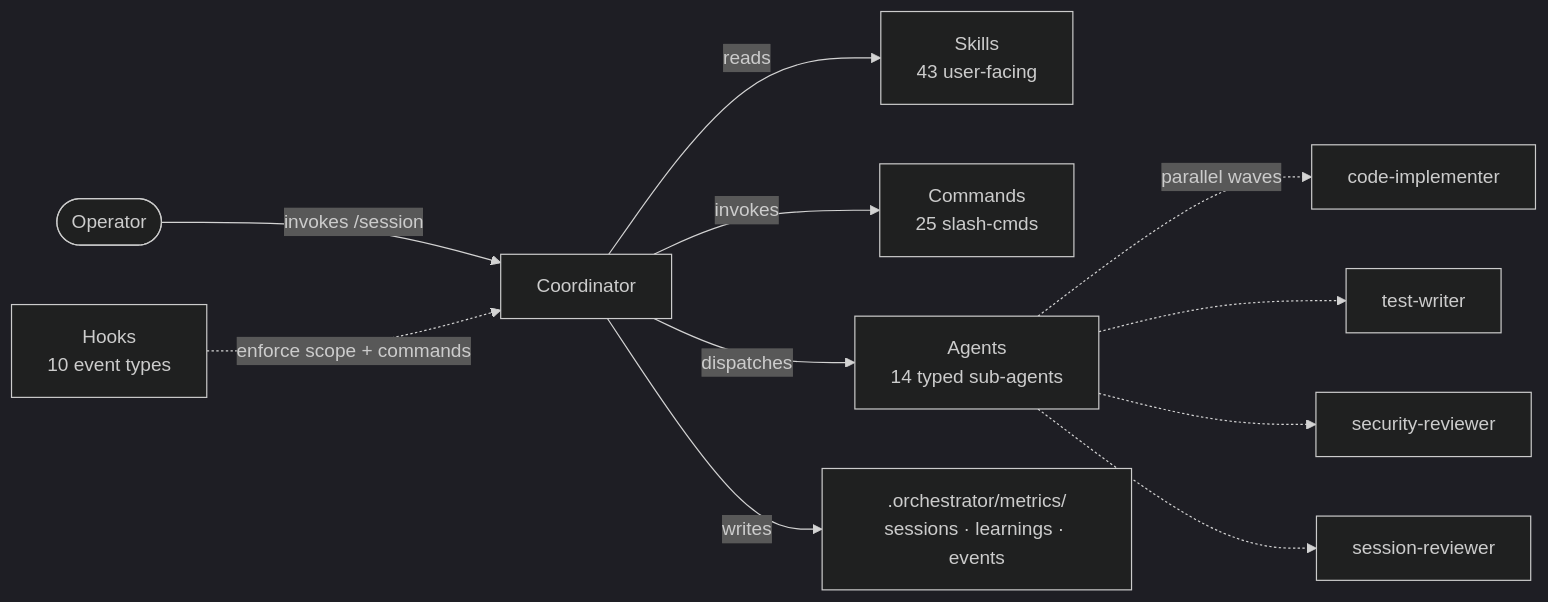
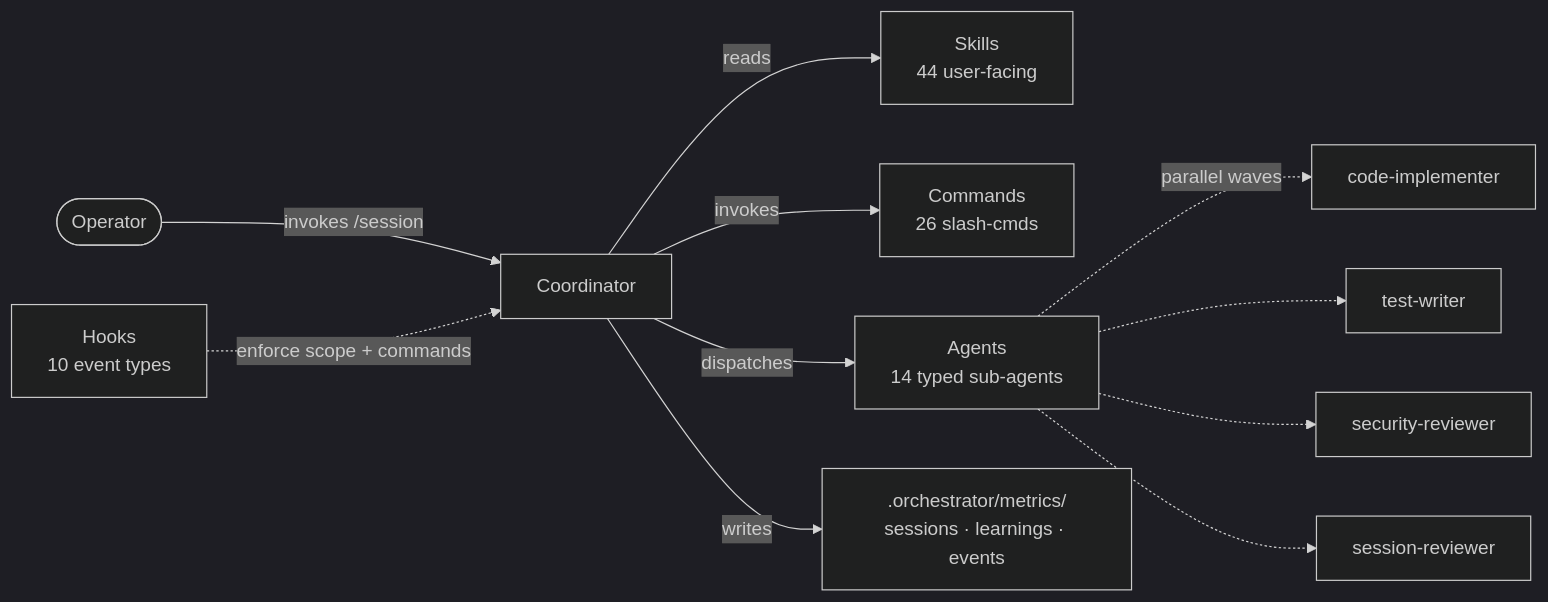
Before and after one commit to Kanevry/session-orchestrator: the diagram in docs/components.md, drawn with Mermaid (dark theme). The commit also changed other lines of this file and 39 other files, not shown here.

````diff
--- a/docs/components.md
+++ b/docs/components.md
@@ -7,13 +7,13 @@
 ```mermaid
 flowchart LR
     USER([Operator]) -->|invokes /session| COORD[Coordinator]
-    COORD -->|reads| SK[Skills<br/>43 user-facing]
-    COORD -->|invokes| CMD[Commands<br/>25 slash-cmds]
+    COORD -->|reads| SK[Skills<br/>44 user-facing]
+    COORD -->|invokes| CMD[Commands<br/>26 slash-cmds]
     COORD -->|dispatches| AG[Agents<br/>14 typed sub-agents]
     AG -.->|parallel waves| W1[code-implementer]
     AG -.-> W2[test-writer]
     AG -.-> W3[security-reviewer]
     AG -.-> W4[session-reviewer]
     HOOK[Hooks<br/>10 event types] -.->|enforce scope + commands| COORD
     COORD -->|writes| METRIC[.orchestrator/metrics/<br/>sessions · learnings · events]
 ```
````
